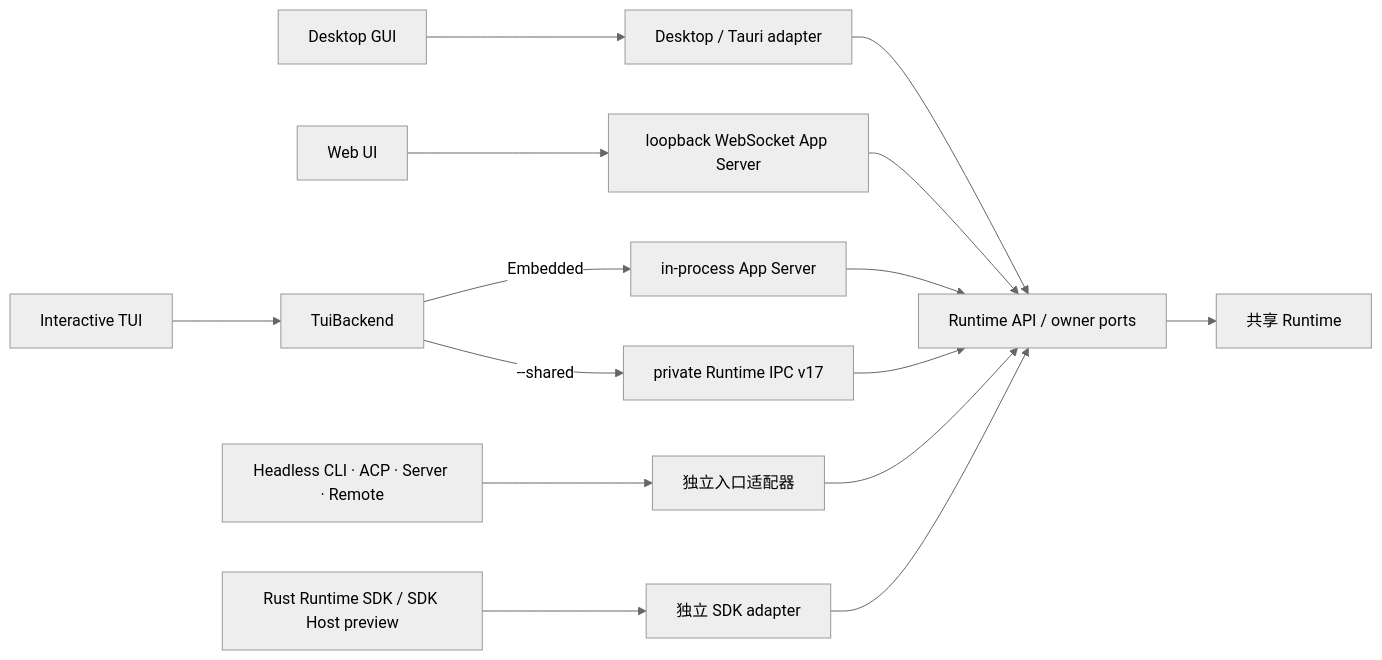
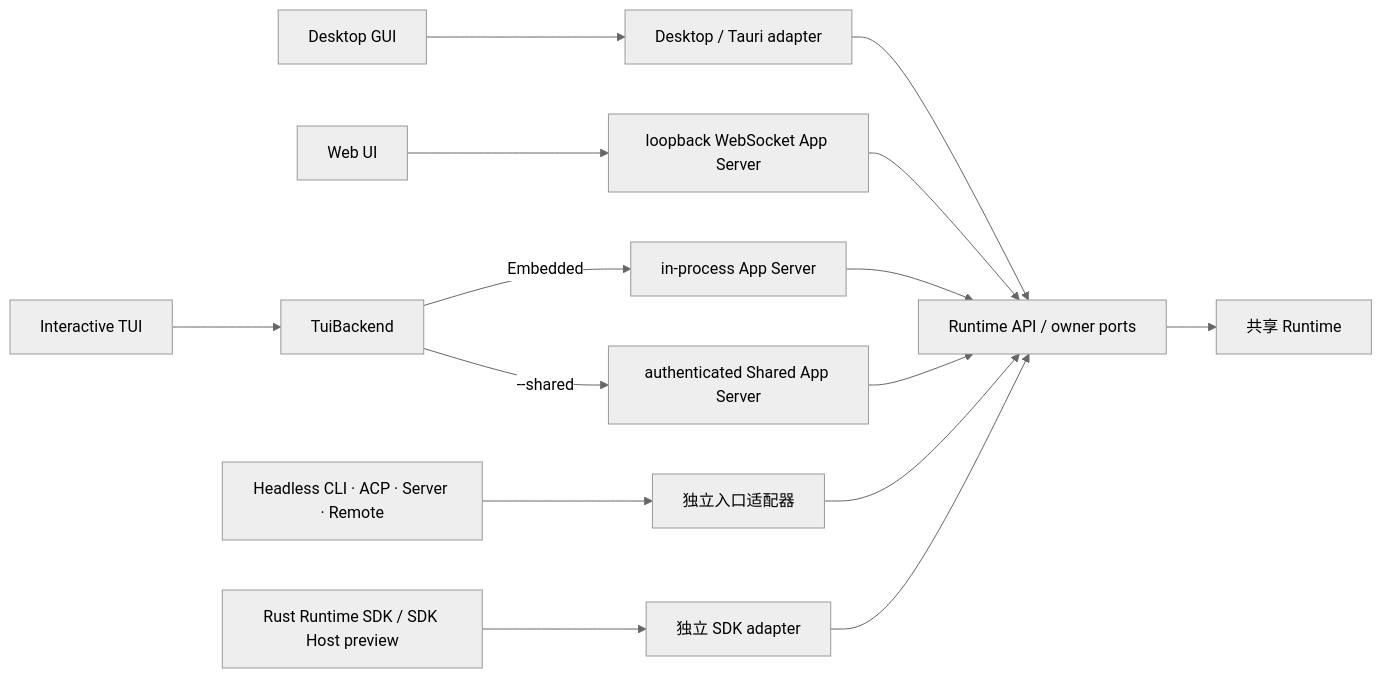
The sixth of 15 diagrams in docs/architecture/product-architecture.md (GCWing/BitFun), drawn with Mermaid (neutral theme) before and after one commit. The commit also changed other lines of this file and 87 other files, not shown here.

Commit message:
feat(app-server): add sharedv2 command

````diff
--- a/docs/architecture/product-architecture.md
+++ b/docs/architecture/product-architecture.md
@@ -546,17 +546,17 @@
 ```mermaid
 flowchart LR
   Desktop["Desktop GUI"] --> Tauri["Desktop / Tauri adapter"]
   Web["Web UI"] --> WebHost["loopback WebSocket App Server"]
   TUI["Interactive TUI"] --> Backend["TuiBackend"]
   Backend -->|"Embedded"| EmbeddedAS["in-process App Server"]
-  Backend -->|"--shared"| SharedIPC["private Runtime IPC v17"]
+  Backend -->|"--shared"| SharedAS["authenticated Shared App Server"]
   Other["Headless CLI · ACP · Server · Remote"] --> Adapter["独立入口适配器"]
   SDK["Rust Runtime SDK / SDK Host preview"] --> SDKAdapter["独立 SDK adapter"]
   Tauri --> API["Runtime API / owner ports"]
   WebHost --> API
   EmbeddedAS --> API
-  SharedIPC --> API
+  SharedAS --> API
   Adapter --> API
   SDKAdapter --> API
   API --> Runtime["共享 Runtime"]
 ```
````
